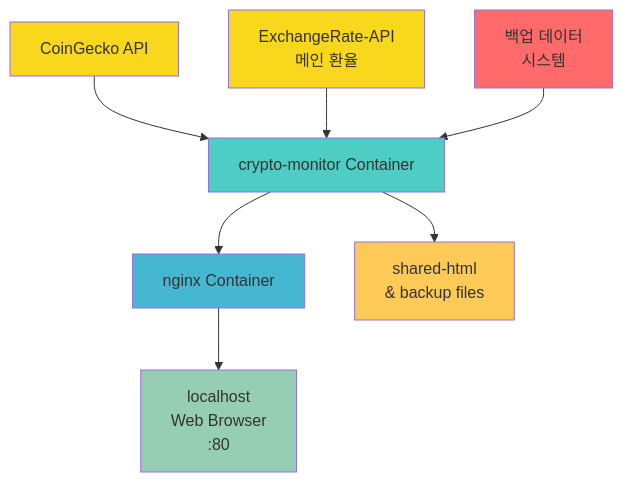
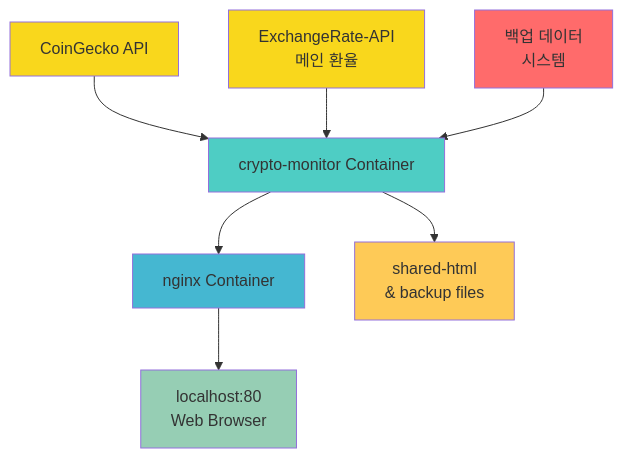
Before and after one commit to DongjuLee0528/realtime-crypto-dashboard: the first of 2 diagrams in README.md, drawn with Mermaid. The commit also changed other lines of this file, not shown here.

````diff
--- a/README.md
+++ b/README.md
@@ -26,17 +26,17 @@
 ```mermaid
 graph TD
     A[CoinGecko API] --> D[crypto-monitor Container]
     B[ExchangeRate-API<br/>메인 환율] --> D
     C[백업 데이터<br/>시스템] --> D
     D --> E[nginx Container]
-    E --> F[localhost<br/>Web Browser<br/>:80]
+    E --> F[localhost:80<br/>Web Browser]
     D --> G[shared-html<br/>& backup files]
     
     style A fill:#f9d71c
     style B fill:#f9d71c  
     style C fill:#ff6b6b
     style D fill:#4ecdc4
     style E fill:#45b7d1
     style F fill:#96ceb4
     style G fill:#feca57
 ```
````
